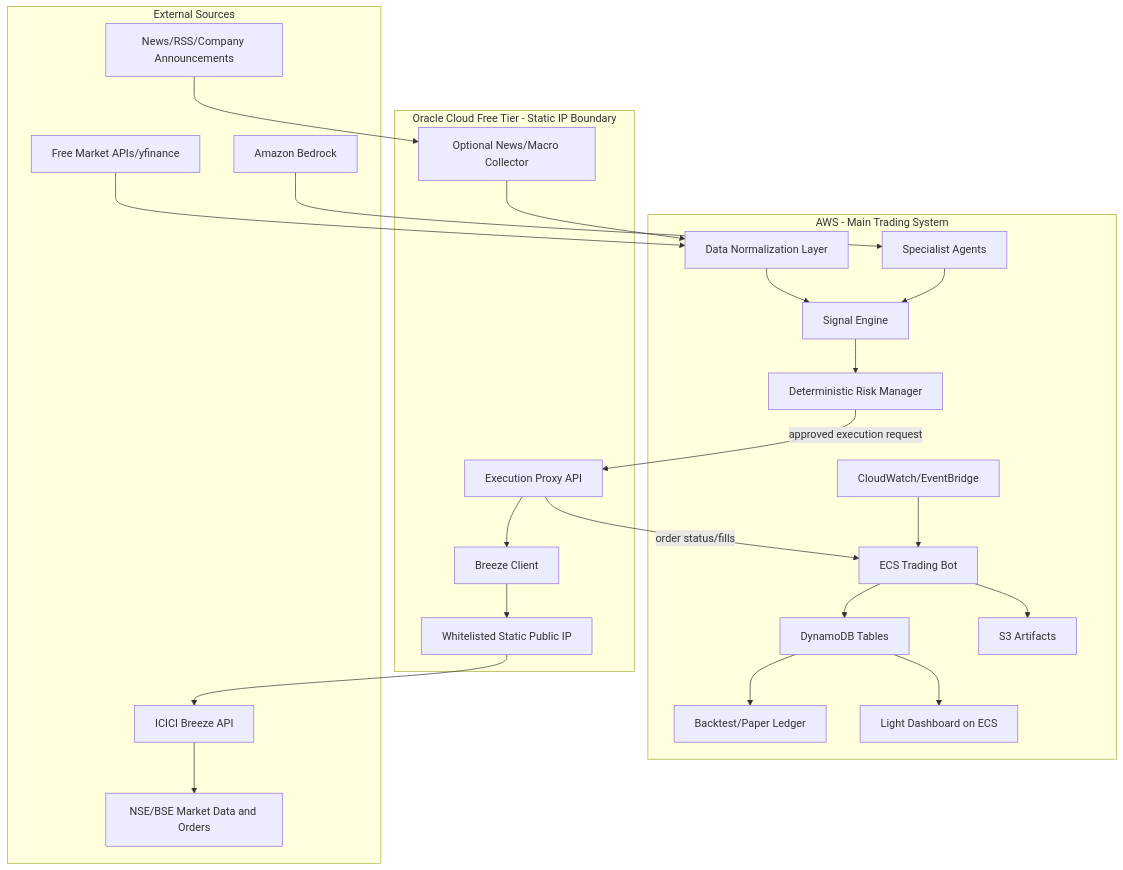
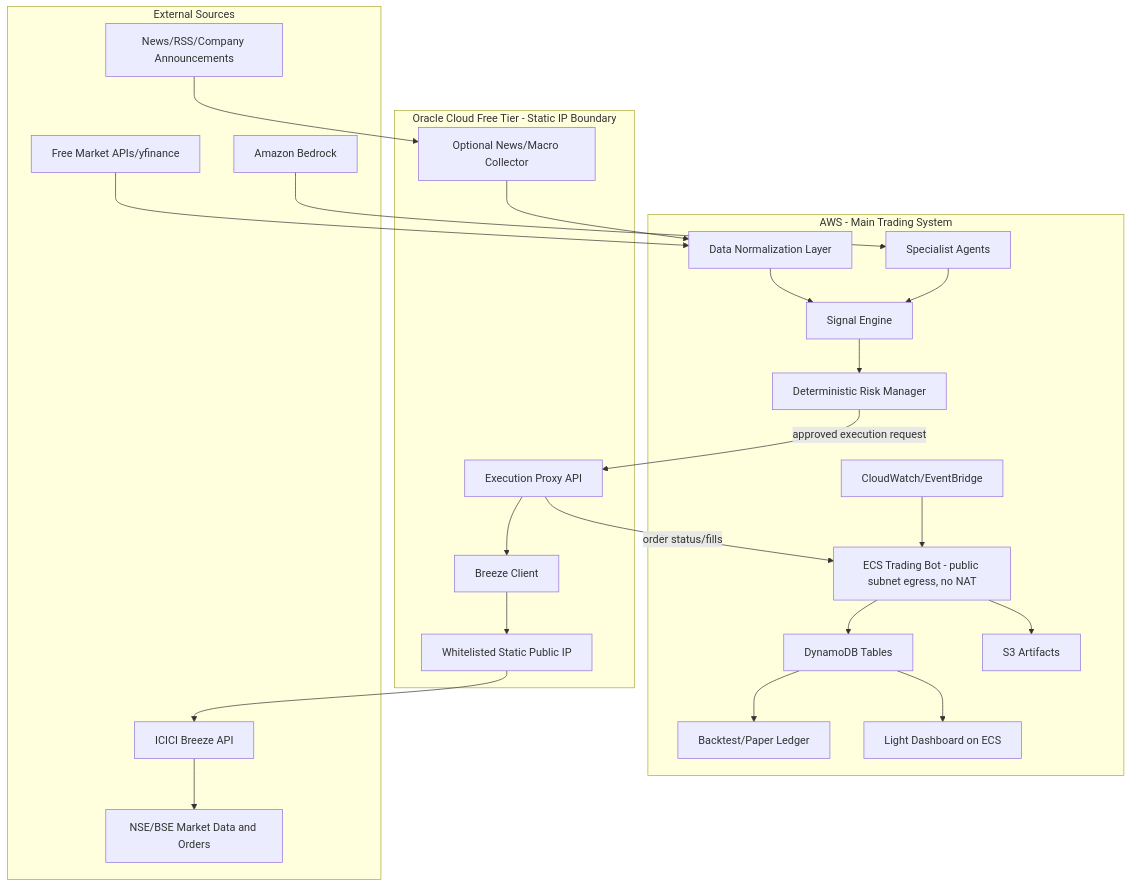
The first of 2 diagrams in PROJECT_PLAN.md (taniShant/trader-daily-india), drawn with Mermaid before and after one commit. The commit also changed other lines of this file and 9 other files, not shown here.

````diff
--- a/PROJECT_PLAN.md
+++ b/PROJECT_PLAN.md
@@ -57,49 +57,49 @@
 ```mermaid
 flowchart TD
   subgraph ORA["Oracle Cloud Free Tier - Static IP Boundary"]
     OP["Execution Proxy API"]
     OB["Breeze Client"]
     OC["Optional News/Macro Collector"]
     OIP["Whitelisted Static Public IP"]
     OP --> OB
     OB --> OIP
   end
 
   subgraph AWS["AWS - Main Trading System"]
-    ECS["ECS Trading Bot"]
+    ECS["ECS Trading Bot - public subnet egress, no NAT"]
     RISK["Deterministic Risk Manager"]
     SIG["Signal Engine"]
     AG["Specialist Agents"]
     DATA["Data Normalization Layer"]
     BT["Backtest/Paper Ledger"]
     DDB["DynamoDB Tables"]
     S3["S3 Artifacts"]
     DASH["Light Dashboard on ECS"]
     CW["CloudWatch/EventBridge"]
   end
 
   subgraph EXT["External Sources"]
     BRZ["ICICI Breeze API"]
     NSE["NSE/BSE Market Data and Orders"]
     NEWS["News/RSS/Company Announcements"]
     YF["Free Market APIs/yfinance"]
     BED["Amazon Bedrock"]
   end
 
   NEWS --> OC
   OC --> DATA
   YF --> DATA
   DATA --> SIG
   BED --> AG
   AG --> SIG
   SIG --> RISK
   RISK -->|"approved execution request"| OP
   OIP --> BRZ
   BRZ --> NSE
   OP -->|"order status/fills"| ECS
   ECS --> DDB
   ECS --> S3
   DDB --> DASH
   DDB --> BT
   CW --> ECS
 ```
````
